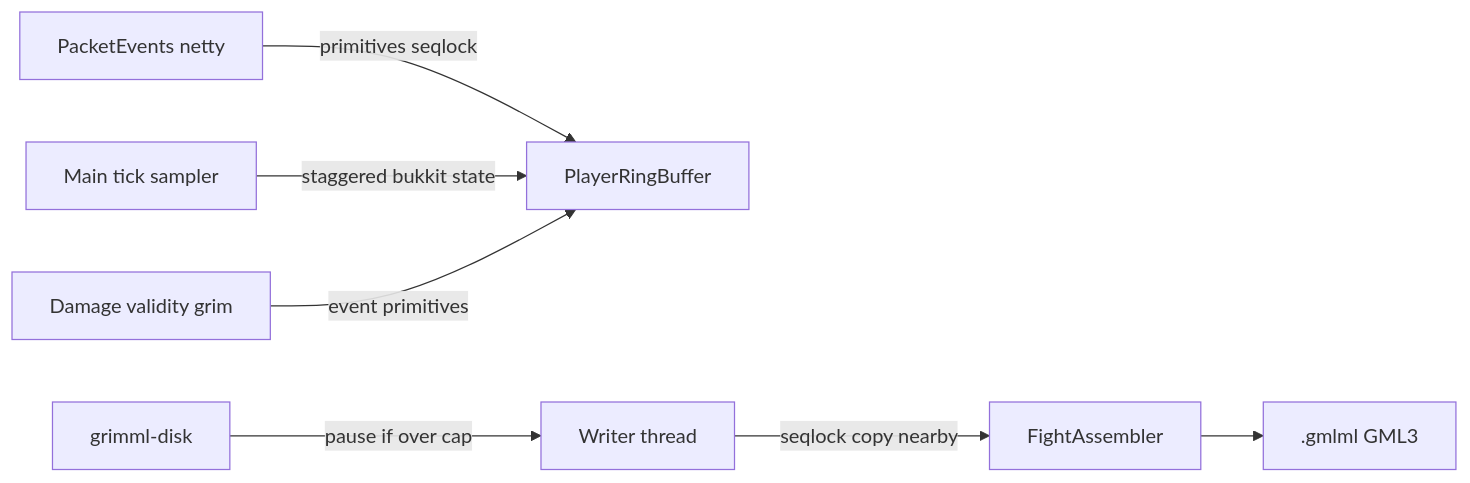
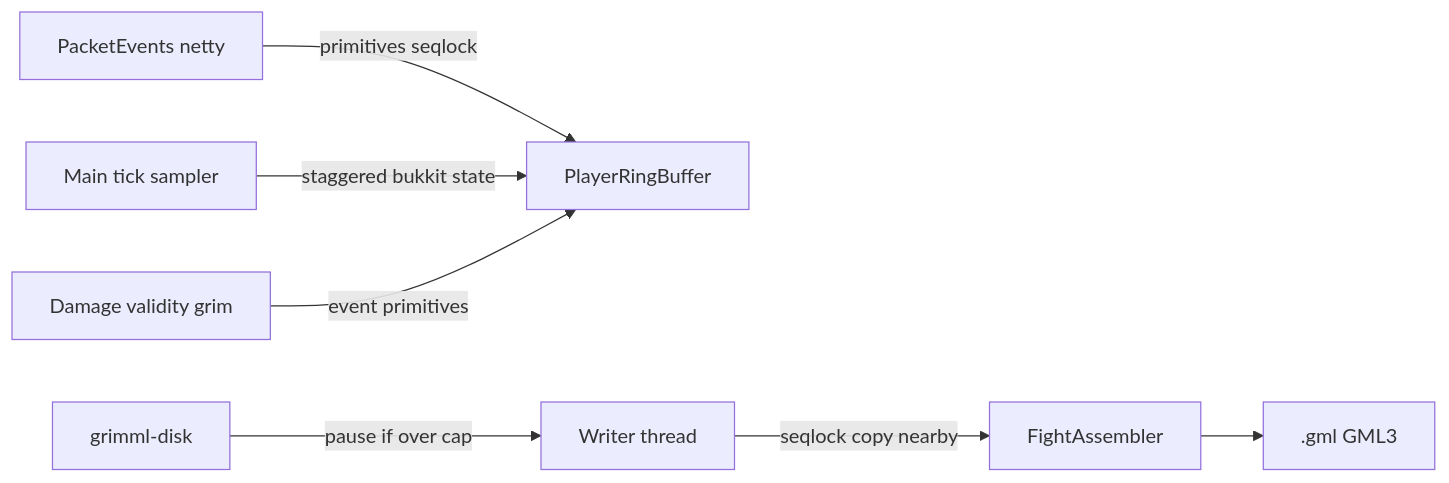
Before and after one commit to vanillaxtra/grimml: the diagram in docs/architecture.md, drawn with Mermaid. The commit also changed other lines of this file and 12 other files, not shown here.

````diff
--- a/docs/architecture.md
+++ b/docs/architecture.md
@@ -40,9 +40,9 @@
 ```mermaid
 flowchart LR
     A[PacketEvents netty] -->|primitives seqlock| B[PlayerRingBuffer]
     C[Main tick sampler] -->|staggered bukkit state| B
     D[Damage validity grim] -->|event primitives| B
     E[Writer thread] -->|seqlock copy nearby| F[FightAssembler]
-    F --> G[.gmlml GML3]
+    F --> G[.gml GML3]
     H[grimml-disk] -->|pause if over cap| E
 ```
````
